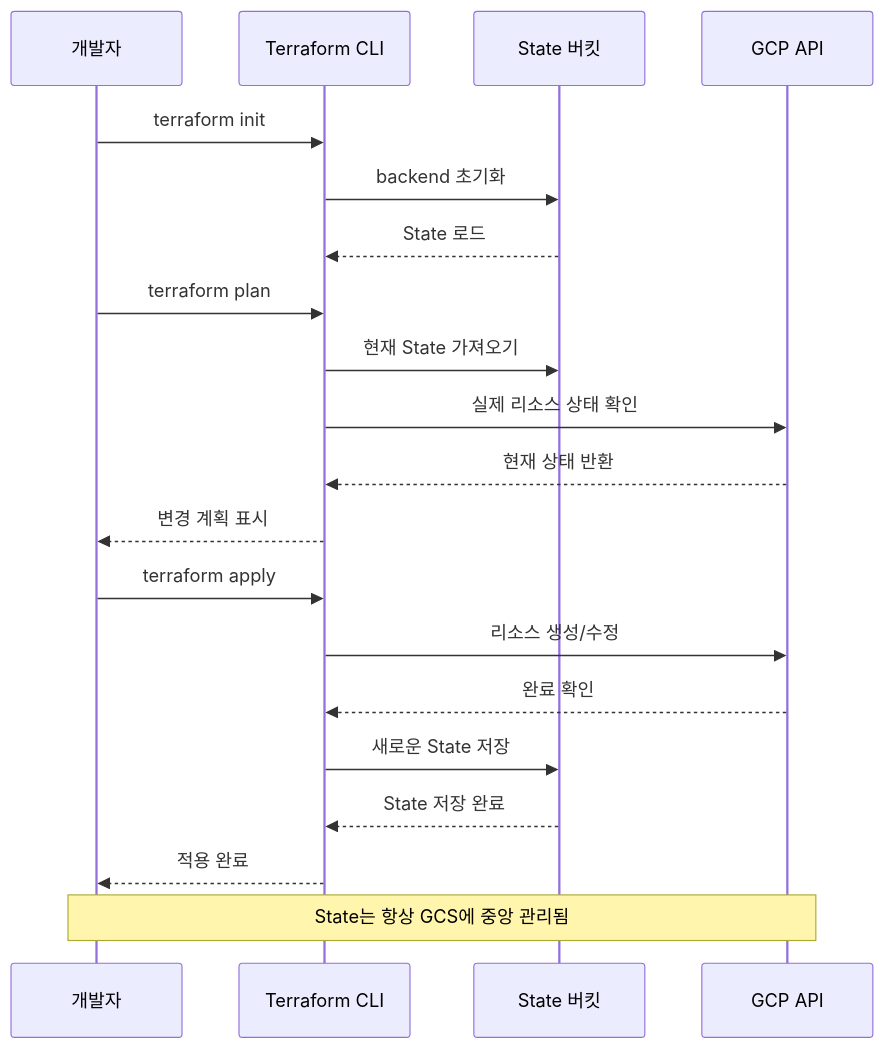
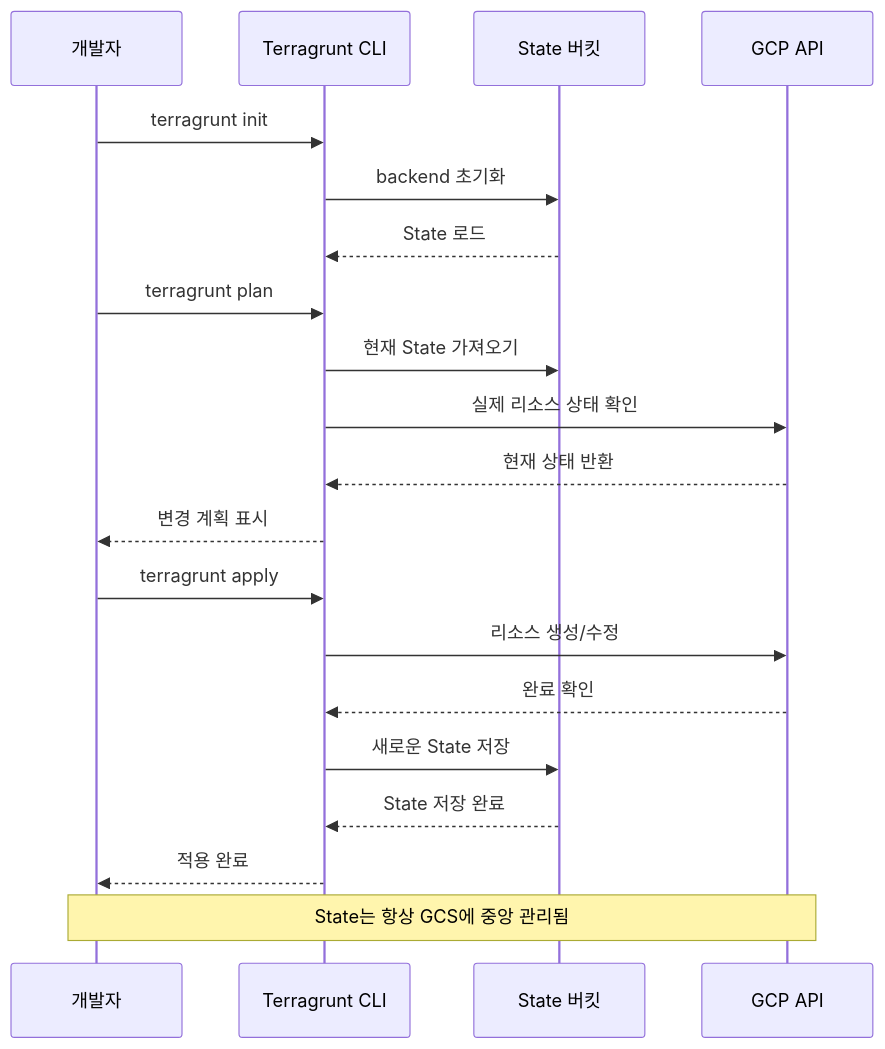
Before and after one commit to JSJ2337/GCP_terraform_code: the seventh of 9 diagrams in terraform_gcp_infra/ARCHITECTURE.md, drawn with Mermaid. The commit also changed other lines of this file and 29 other files, not shown here.

````diff
--- a/terraform_gcp_infra/ARCHITECTURE.md
+++ b/terraform_gcp_infra/ARCHITECTURE.md
@@ -407,26 +407,26 @@
 ```mermaid
 sequenceDiagram
     participant Dev as 개발자
-    participant TF as Terraform CLI
+    participant TG as Terragrunt CLI
     participant GCS as State 버킷
     participant GCP as GCP API
 
-    Dev->>TF: terraform init
-    TF->>GCS: backend 초기화
-    GCS-->>TF: State 로드
+    Dev->>TG: terragrunt init
+    TG->>GCS: backend 초기화
+    GCS-->>TG: State 로드
 
-    Dev->>TF: terraform plan
-    TF->>GCS: 현재 State 가져오기
-    TF->>GCP: 실제 리소스 상태 확인
-    GCP-->>TF: 현재 상태 반환
-    TF-->>Dev: 변경 계획 표시
+    Dev->>TG: terragrunt plan
+    TG->>GCS: 현재 State 가져오기
+    TG->>GCP: 실제 리소스 상태 확인
+    GCP-->>TG: 현재 상태 반환
+    TG-->>Dev: 변경 계획 표시
 
-    Dev->>TF: terraform apply
-    TF->>GCP: 리소스 생성/수정
-    GCP-->>TF: 완료 확인
-    TF->>GCS: 새로운 State 저장
-    GCS-->>TF: State 저장 완료
-    TF-->>Dev: 적용 완료
+    Dev->>TG: terragrunt apply
+    TG->>GCP: 리소스 생성/수정
+    GCP-->>TG: 완료 확인
+    TG->>GCS: 새로운 State 저장
+    GCS-->>TG: State 저장 완료
+    TG-->>Dev: 적용 완료
 
     Note over Dev,GCP: State는 항상 GCS에 중앙 관리됨
 ```
````
